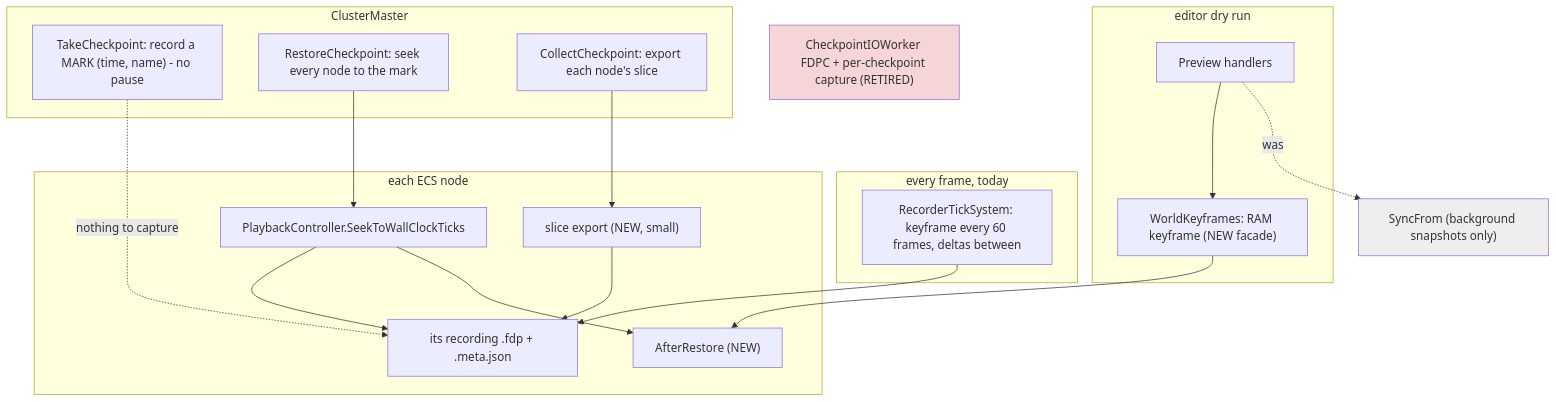
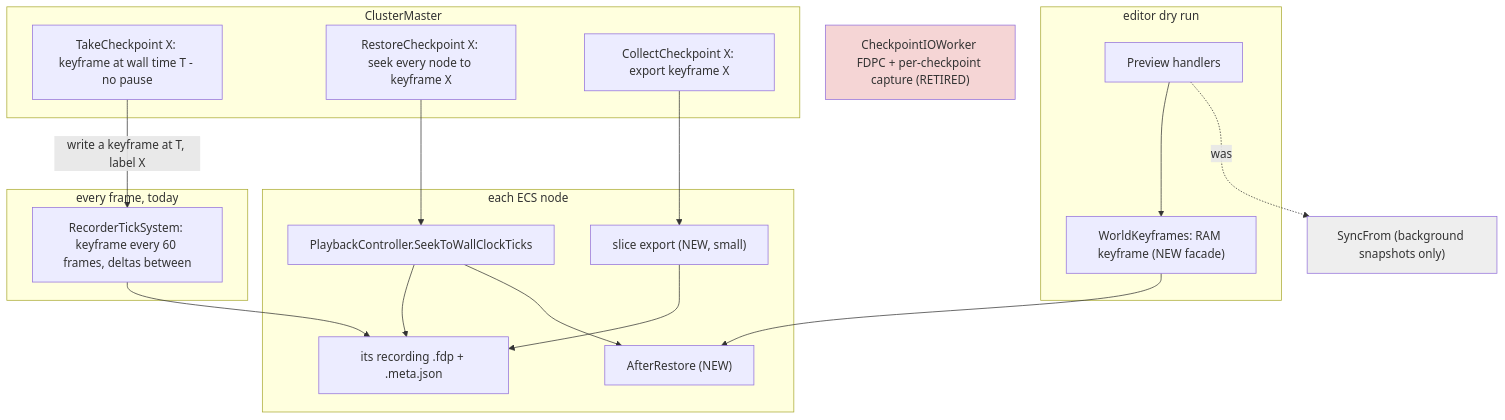
The first of 3 diagrams in docs/DESIGN_Checkpoint_And_Dry_Run_Restore.md (pjanec/HROT), drawn with Mermaid before and after one commit. The commit also changed other lines of this file and 2 other files, not shown here.

First line of the commit message:
R-3044: a checkpoint is a named keyframe the flight recorder writes on request; a restore seeks straight to it

````diff
--- a/docs/DESIGN_Checkpoint_And_Dry_Run_Restore.md
+++ b/docs/DESIGN_Checkpoint_And_Dry_Run_Restore.md
@@ -48,32 +60,32 @@
 ```mermaid
 graph TD
   subgraph Every_frame["every frame, today"]
     RTS["RecorderTickSystem: keyframe every 60 frames, deltas between"]
   end
   subgraph Master["ClusterMaster"]
-    MK["TakeCheckpoint: record a MARK (time, name) - no pause"]
-    SK["RestoreCheckpoint: seek every node to the mark"]
-    CC["CollectCheckpoint: export each node's slice"]
+    MK["TakeCheckpoint X: keyframe at wall time T - no pause"]
+    SK["RestoreCheckpoint X: seek every node to keyframe X"]
+    CC["CollectCheckpoint X: export keyframe X"]
   end
   subgraph Nodes["each ECS node"]
     REC["its recording .fdp + .meta.json"]
     PC["PlaybackController.SeekToWallClockTicks"]
     AR["AfterRestore (NEW)"]
     EX["slice export (NEW, small)"]
   end
   subgraph Editor["editor dry run"]
     PCH["Preview handlers"]
     WK["WorldKeyframes: RAM keyframe (NEW facade)"]
   end
   FDPC["CheckpointIOWorker FDPC + per-checkpoint capture (RETIRED)"]
   SF["SyncFrom (background snapshots only)"]
   RTS --> REC
-  MK -.->|nothing to capture| REC
+  MK -->|write a keyframe at T, label X| RTS
   SK --> PC --> REC
   PC --> AR
   CC --> EX --> REC
   PCH --> WK --> AR
   PCH -.->|was| SF
   style FDPC fill:#f5d5d5
   style SF fill:#eeeeee
 ```
````
